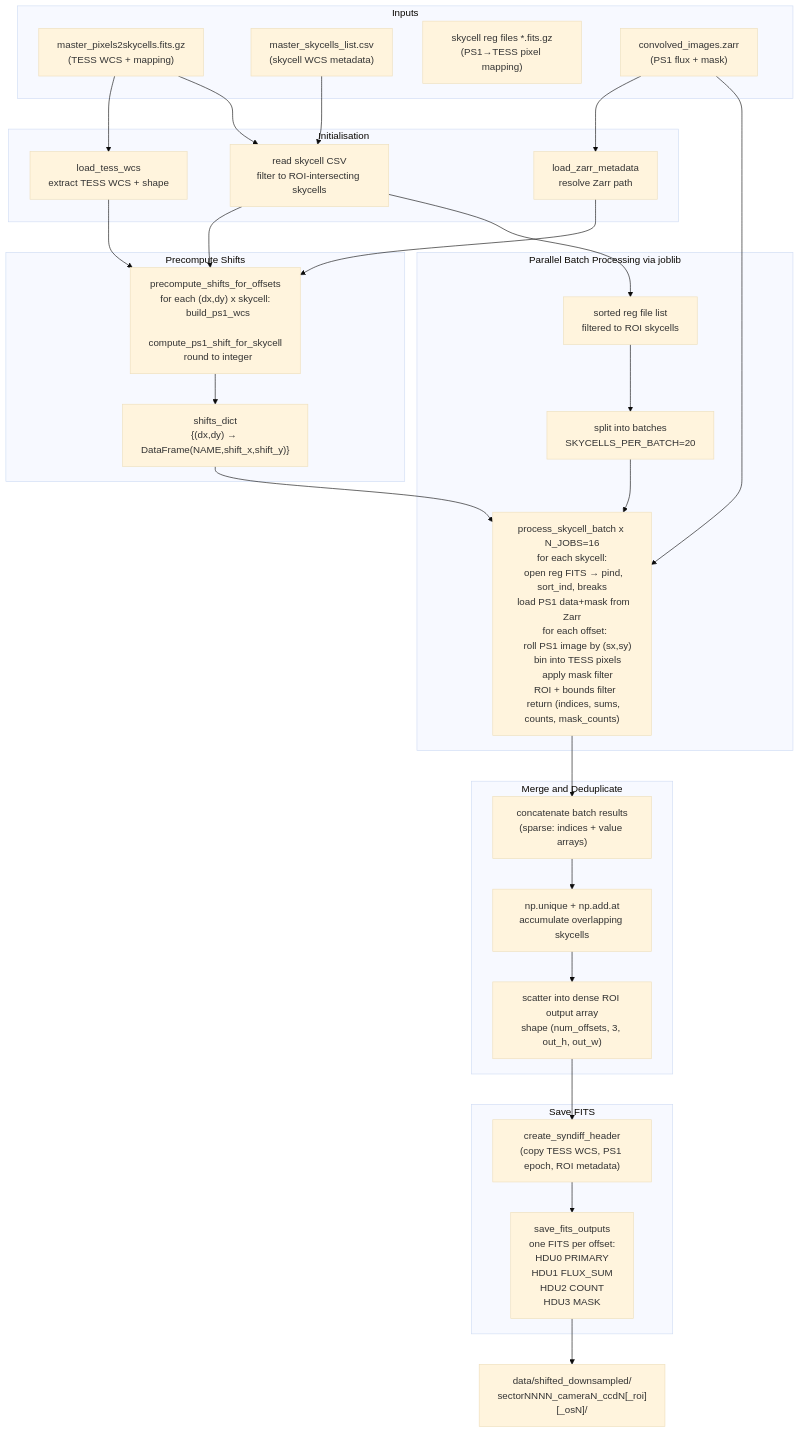
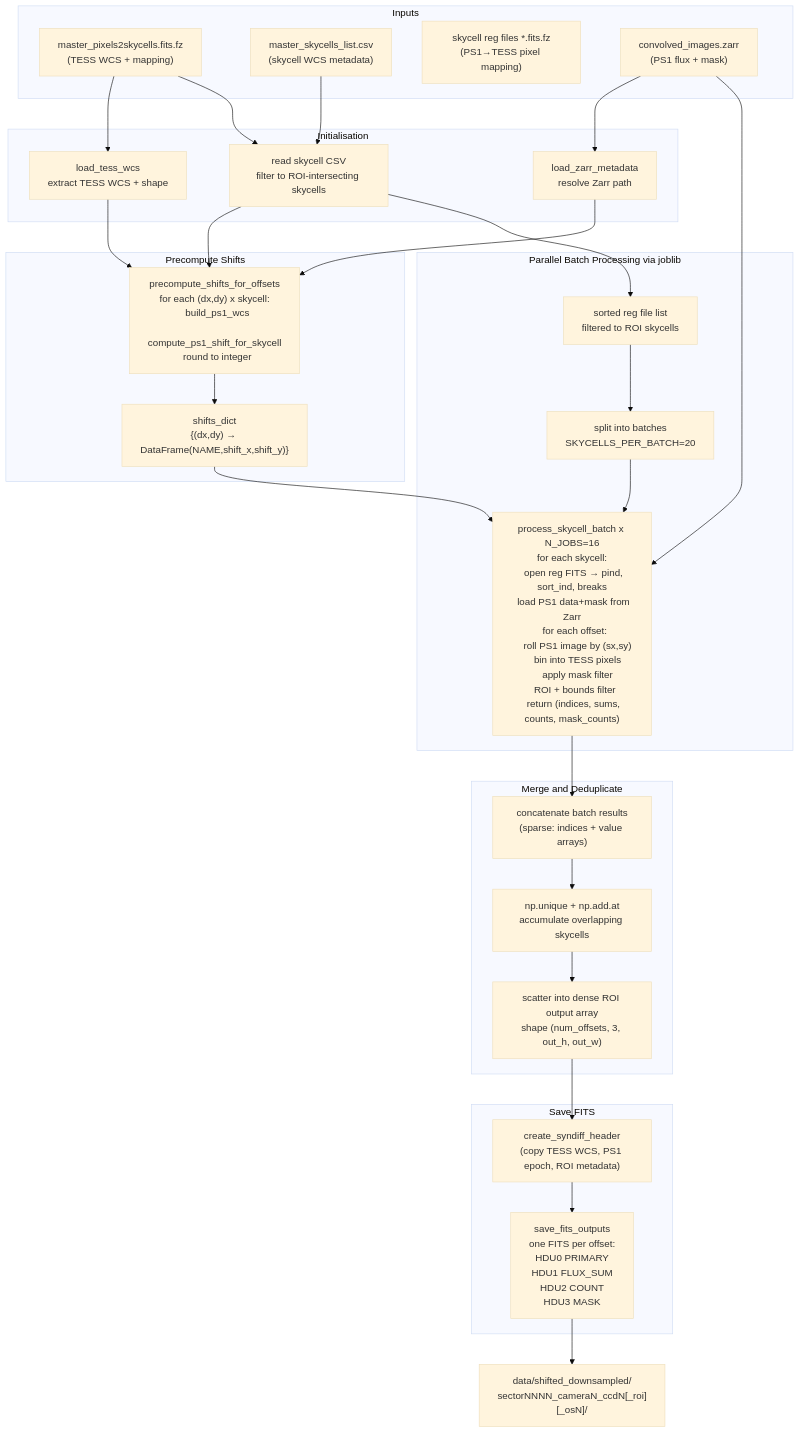
Before and after one commit to zoutei/TSST_syndiff_pipeline: the diagram in docs/markdown/stages/downsample_technical.md, drawn with Mermaid (base theme). The commit also changed other lines of this file and 14 other files, not shown here.

````diff
--- a/docs/markdown/stages/downsample_technical.md
+++ b/docs/markdown/stages/downsample_technical.md
@@ -94,55 +94,55 @@
 ```mermaid
 flowchart TD
     subgraph inputs [Inputs]
-        MasterFITS["master_pixels2skycells.fits.gz\n(TESS WCS + mapping)"]
+        MasterFITS["master_pixels2skycells.fits.fz\n(TESS WCS + mapping)"]
         SkycellCSV["master_skycells_list.csv\n(skycell WCS metadata)"]
-        RegFITS["skycell reg files *.fits.gz\n(PS1→TESS pixel mapping)"]
+        RegFITS["skycell reg files *.fits.fz\n(PS1→TESS pixel mapping)"]
         ZarrStore["convolved_images.zarr\n(PS1 flux + mask)"]
     end
 
     subgraph init [Initialisation]
         LoadWCS["load_tess_wcs\nextract TESS WCS + shape"]
         LoadCSV["read skycell CSV\nfilter to ROI-intersecting skycells"]
         LoadZarr["load_zarr_metadata\nresolve Zarr path"]
     end
 
     subgraph precompute [Precompute Shifts]
         PSC["precompute_shifts_for_offsets\nfor each (dx,dy) x skycell:\n  build_ps1_wcs\n  compute_ps1_shift_for_skycell\n  round to integer"]
         ShiftsDict["shifts_dict\n{(dx,dy) → DataFrame(NAME,shift_x,shift_y)}"]
         PSC --> ShiftsDict
     end
 
     subgraph parallel [Parallel Batch Processing via joblib]
         RegFiles["sorted reg file list\nfiltered to ROI skycells"]
         Batches["split into batches\nSKYCELLS_PER_BATCH=20"]
         Worker["process_skycell_batch x N_JOBS=16\nfor each skycell:\n  open reg FITS → pind, sort_ind, breaks\n  load PS1 data+mask from Zarr\n  for each offset:\n    roll PS1 image by (sx,sy)\n    bin into TESS pixels\n    apply mask filter\n  ROI + bounds filter\n  return (indices, sums, counts, mask_counts)"]
         RegFiles --> Batches --> Worker
     end
 
     subgraph merge [Merge and Deduplicate]
         Concat["concatenate batch results\n(sparse: indices + value arrays)"]
         Dedup["np.unique + np.add.at\naccumulate overlapping skycells"]
         Fill["scatter into dense ROI output array\nshape (num_offsets, 3, out_h, out_w)"]
         Concat --> Dedup --> Fill
     end
 
     subgraph output [Save FITS]
         Header["create_syndiff_header\n(copy TESS WCS, PS1 epoch, ROI metadata)"]
         FITS["save_fits_outputs\none FITS per offset:\n  HDU0 PRIMARY\n  HDU1 FLUX_SUM\n  HDU2 COUNT\n  HDU3 MASK"]
         Header --> FITS
     end
 
     MasterFITS --> LoadWCS
     SkycellCSV --> LoadCSV
     MasterFITS --> LoadCSV
     ZarrStore --> LoadZarr
 
     LoadWCS & LoadCSV & LoadZarr --> PSC
     LoadCSV --> RegFiles
     ShiftsDict --> Worker
     ZarrStore --> Worker
 
     Worker --> Concat
     Fill --> Header
     FITS --> OutputDir["data/shifted_downsampled/\nsectorNNNN_cameraN_ccdN[_roi][_osN]/"]
 ```
````
